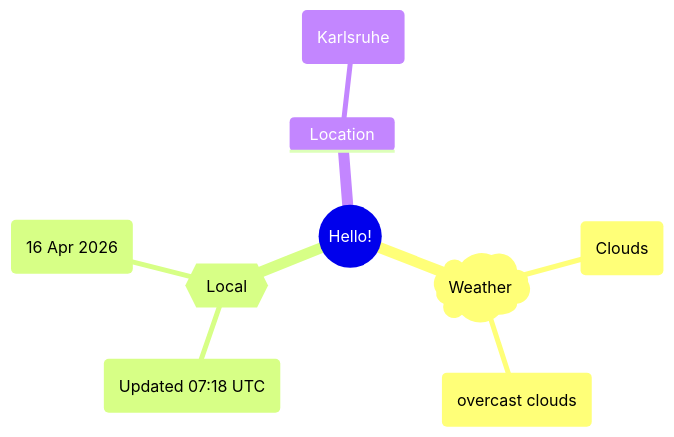
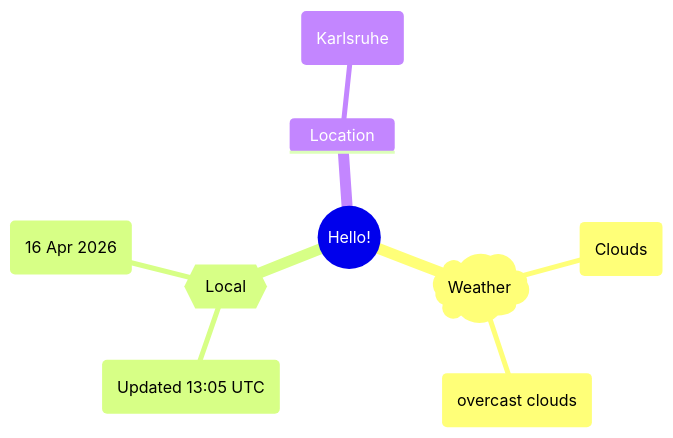
The first of 2 diagrams in README.md (Xosrov/Xosrov), drawn with Mermaid before and after one commit.

Commit message:
[bot] updated images

````diff
--- a/README.md
+++ b/README.md
@@ -3,12 +3,12 @@
 ```mermaid
 mindmap
   root((Hello!))
     )Weather(
         (Clouds)
         (overcast clouds)
     {{Local}}
-        (Updated 07:18 UTC)
+        (Updated 13:05 UTC)
         (16 Apr 2026)
     Location
         (Karlsruhe)
 ```
````
